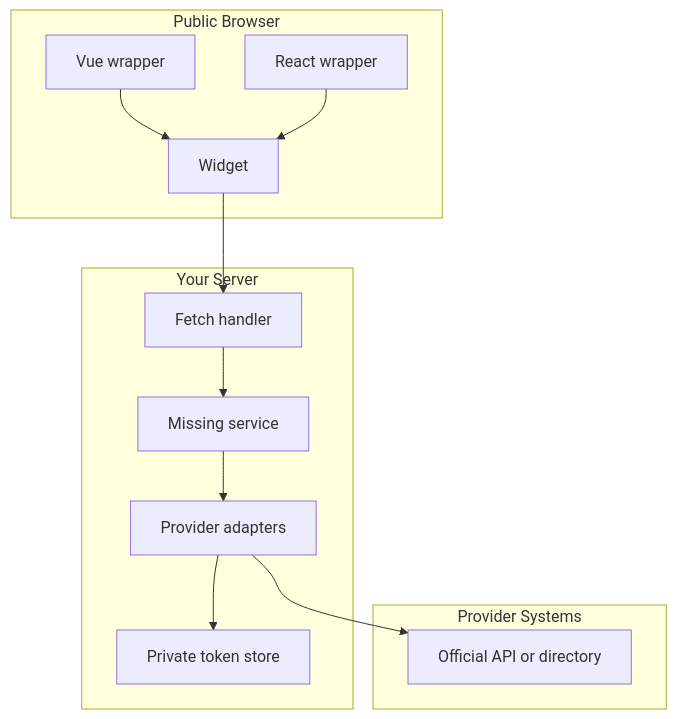
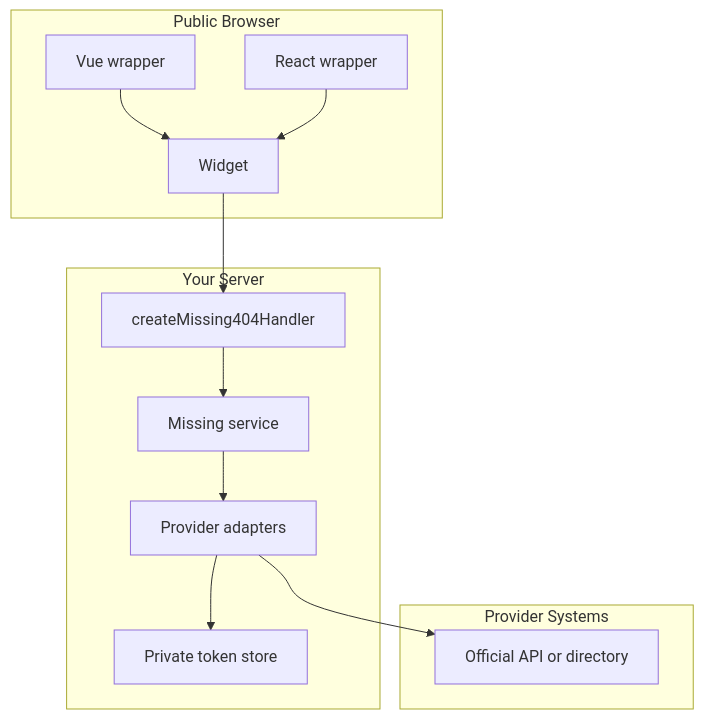
One commit to dilrajahdan/404-missing changed the second of 2 diagrams in docs/architecture.md. Above: the diagram before and after it, drawn with Mermaid. The commit also changed other lines of this file and 11 other files, not shown here.

````diff
--- a/docs/architecture.md
+++ b/docs/architecture.md
@@ -37,24 +42,24 @@
 ```mermaid
 flowchart TB
   subgraph Public Browser
     A[Widget]
     B[Vue wrapper]
     C[React wrapper]
   end
   subgraph Your Server
-    D[Fetch handler]
+    D[createMissing404Handler]
     E[Missing service]
     F[Provider adapters]
     G[Private token store]
   end
   subgraph Provider Systems
     H[Official API or directory]
   end
   A --> D
   B --> A
   C --> A
   D --> E
   E --> F
   F --> G
   F --> H
 ```
````
